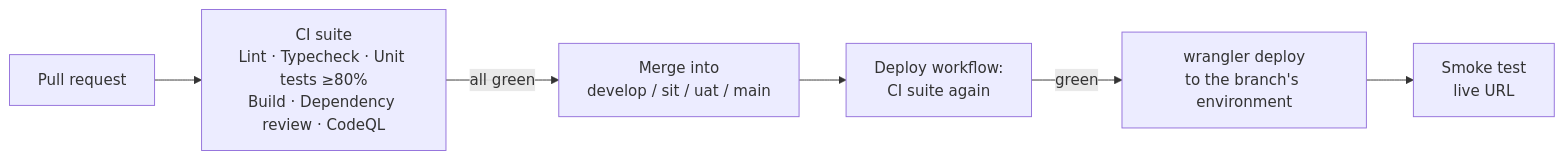
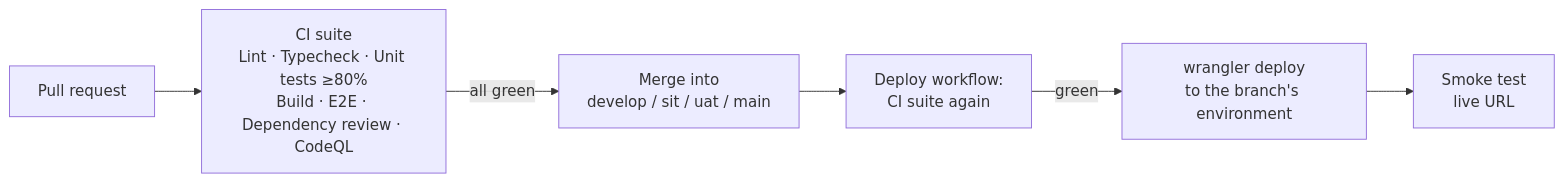
Before and after one commit to sejaltech994/coaching-centre-fee-app: the diagram in docs/ci-cd.md, drawn with Mermaid. The commit also changed other lines of this file and 3 other files, not shown here.

````diff
--- a/docs/ci-cd.md
+++ b/docs/ci-cd.md
@@ -5,8 +5,8 @@
 ```mermaid
 flowchart LR
-    PR["Pull request"] --> CI["CI suite<br/>Lint · Typecheck · Unit tests ≥80%<br/>Build · Dependency review · CodeQL"]
+    PR["Pull request"] --> CI["CI suite<br/>Lint · Typecheck · Unit tests ≥80%<br/>Build · E2E · Dependency review · CodeQL"]
     CI -->|all green| Merge["Merge into<br/>develop / sit / uat / main"]
     Merge --> Gate["Deploy workflow:<br/>CI suite again"]
     Gate -->|green| Deploy["wrangler deploy<br/>to the branch's environment"]
     Deploy --> Smoke["Smoke test<br/>live URL"]
 ```
````
